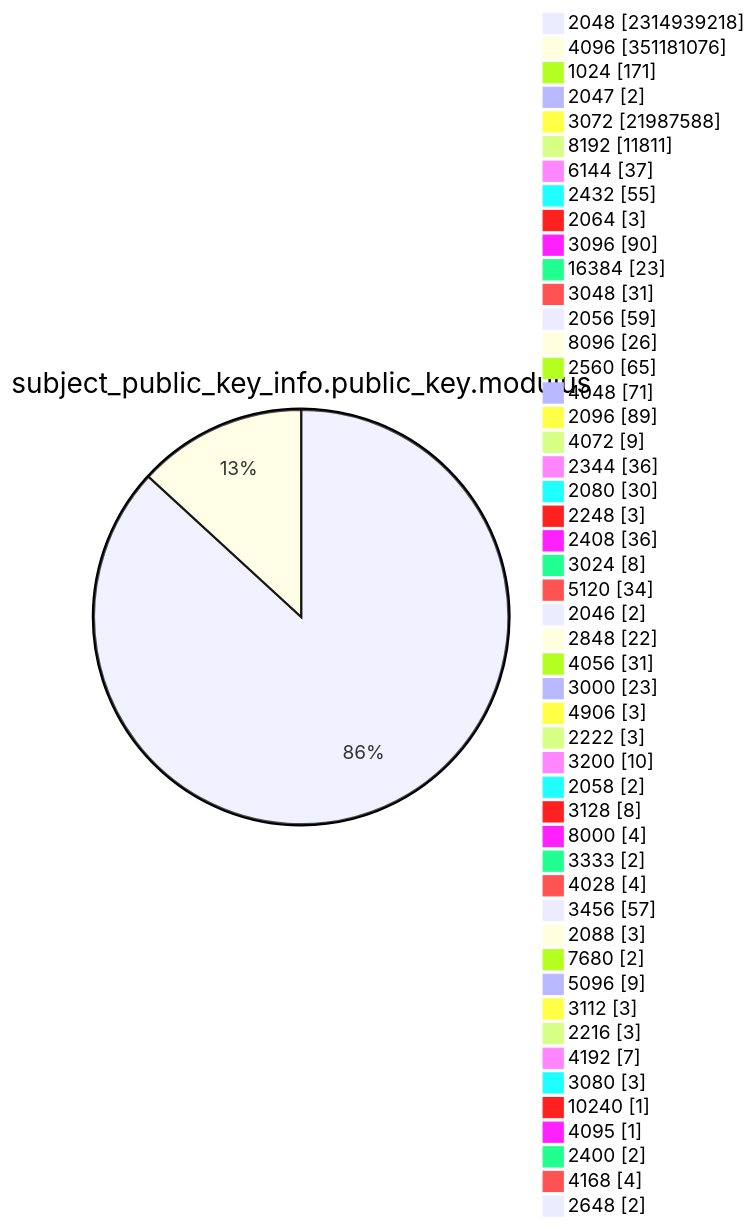
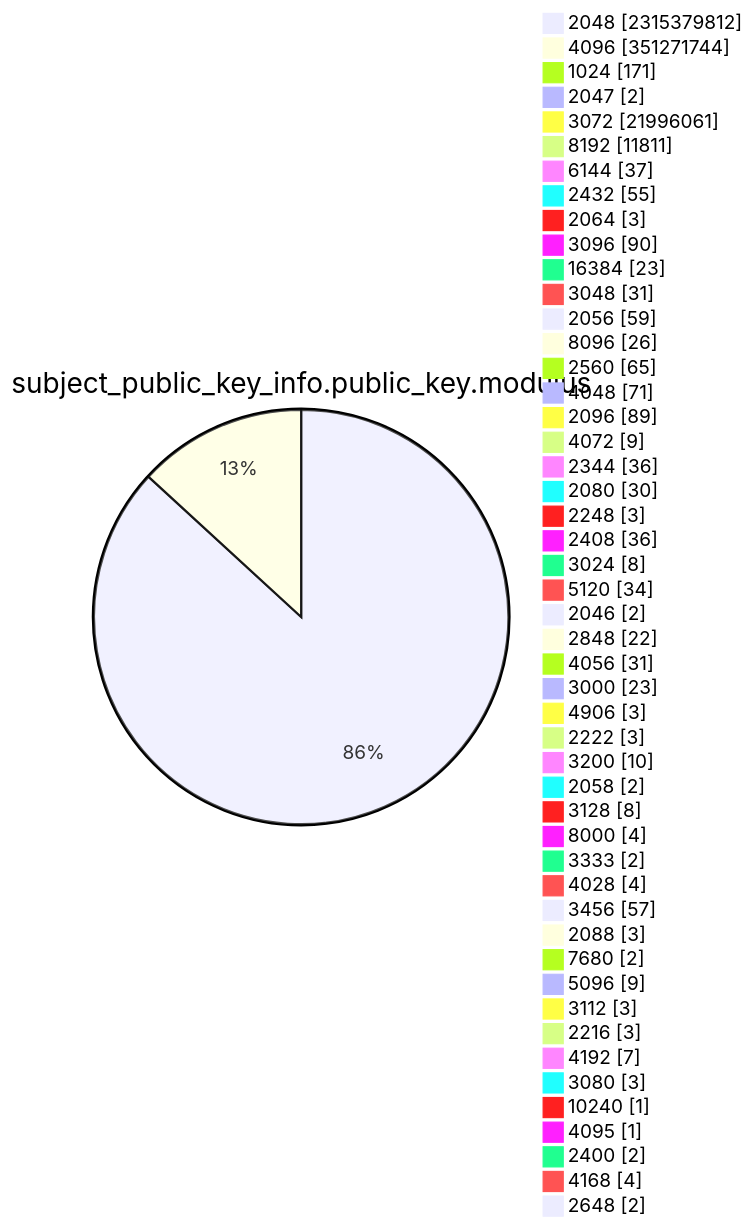
One commit to christiankrug/ctmonitor_visualization changed diagram 13 of 15 in TOTAL/README.md. Above: the diagram before and after it, drawn with Mermaid. The commit also changed other lines of this file, not shown here.

````diff
--- a/TOTAL/README.md
+++ b/TOTAL/README.md
@@ -4167,53 +4167,53 @@
 ```mermaid
 pie showData
 title subject_public_key_info.public_key.modulus
-"2048" :2314939218
-"4096" :351181076
+"2048" :2315379812
+"4096" :351271744
 "1024" :171
 "2047" :2
-"3072" :21987588
+"3072" :21996061
 "8192" :11811
 "6144" :37
 "2432" :55
 "2064" :3
 "3096" :90
 "16384" :23
 "3048" :31
 "2056" :59
 "8096" :26
 "2560" :65
 "4048" :71
 "2096" :89
 "4072" :9
 "2344" :36
 "2080" :30
 "2248" :3
 "2408" :36
 "3024" :8
 "5120" :34
 "2046" :2
 "2848" :22
 "4056" :31
 "3000" :23
 "4906" :3
 "2222" :3
 "3200" :10
 "2058" :2
 "3128" :8
 "8000" :4
 "3333" :2
 "4028" :4
 "3456" :57
 "2088" :3
 "7680" :2
 "5096" :9
 "3112" :3
 "2216" :3
 "4192" :7
 "3080" :3
 "10240" :1
 "4095" :1
 "2400" :2
 "4168" :4
 "2648" :2
 ```
````
